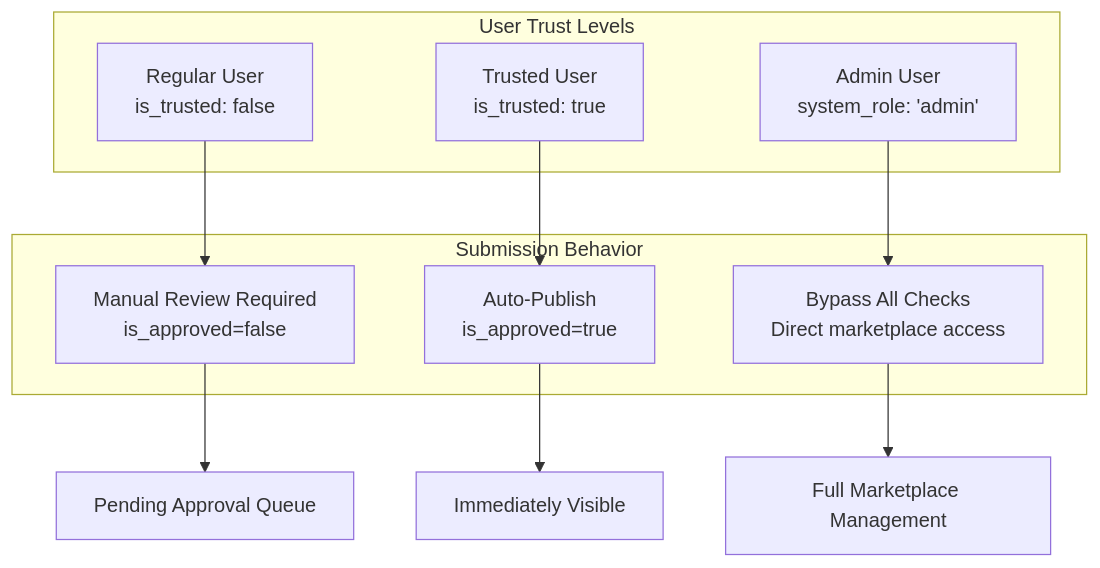
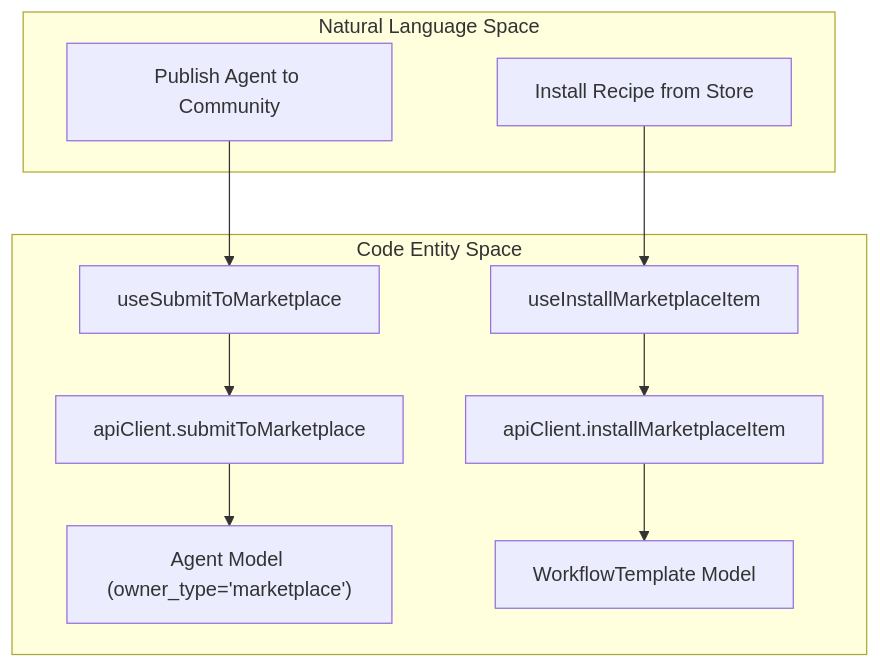
The second of 2 diagrams in docs/community-marketplace/publishing-to-marketplace.md (AutomatosAI/automatos-ai), drawn with Mermaid before and after one commit. The commit also changed other lines of this file and 149 other files, not shown here.

Commit message:
docs: refresh documentation with graphify semantic scan

````diff
--- a/docs/community-marketplace/publishing-to-marketplace.md
+++ b/docs/community-marketplace/publishing-to-marketplace.md
@@ -434,22 +108,24 @@
 ```mermaid
-graph TB
-    subgraph "User Trust Levels"
-        Regular["Regular User<br/>is_trusted: false"]
-        Trusted["Trusted User<br/>is_trusted: true"]
-        Admin["Admin User<br/>system_role: 'admin'"]
+graph TD
+    subgraph "Natural Language Space"
+        Publish["Publish Agent to Community"]
+        Install["Install Recipe from Store"]
     end
+
+    subgraph "Code Entity Space"
+        HookSub["useSubmitToMarketplace"]
+        HookInst["useInstallMarketplaceItem"]
+        APISub["apiClient.submitToMarketplace"]
+        APIInst["apiClient.installMarketplaceItem"]
+        ModelAgent["Agent Model (owner_type='marketplace')"]
+        ModelRecipe["WorkflowTemplate Model"]
+    end
+
+    Publish --> HookSub
+    HookSub --> APISub
+    APISub --> ModelAgent
     
-    subgraph "Submission Behavior"
-        ManualReview["Manual Review Required<br/>is_approved=false"]
-        AutoPublish["Auto-Publish<br/>is_approved=true"]
-        BypassAll["Bypass All Checks<br/>Direct marketplace access"]
-    end
-    
-    Regular --> ManualReview
-    Trusted --> AutoPublish
-    Admin --> BypassAll
-    
-    ManualReview --> PendingQueue["Pending Approval Queue"]
-    AutoPublish --> ImmediateVisibility["Immediately Visible"]
-    BypassAll --> FullControl["Full Marketplace Management"]
+    Install --> HookInst
+    HookInst --> APIInst
+    APIInst --> ModelRecipe
 ```
````
